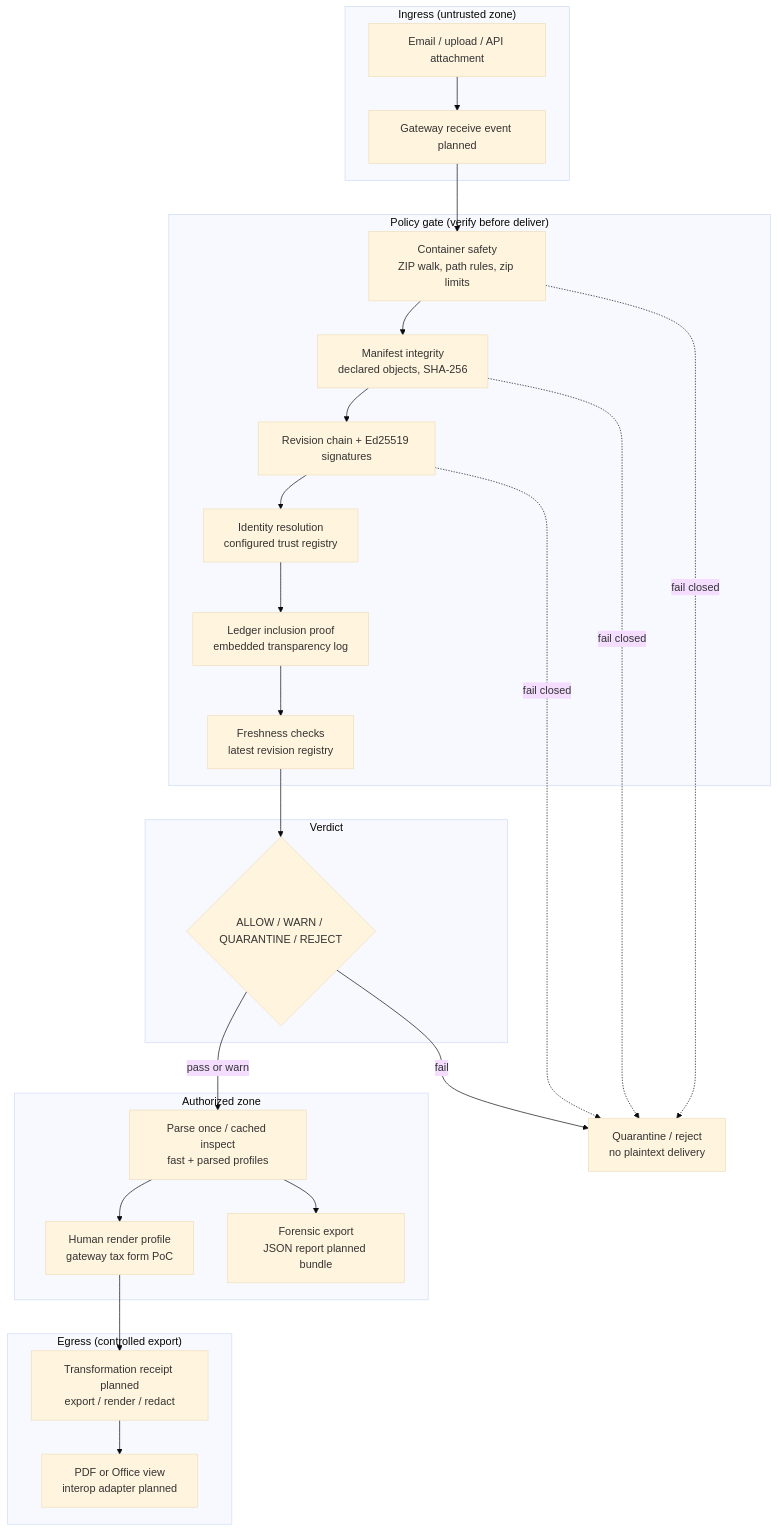
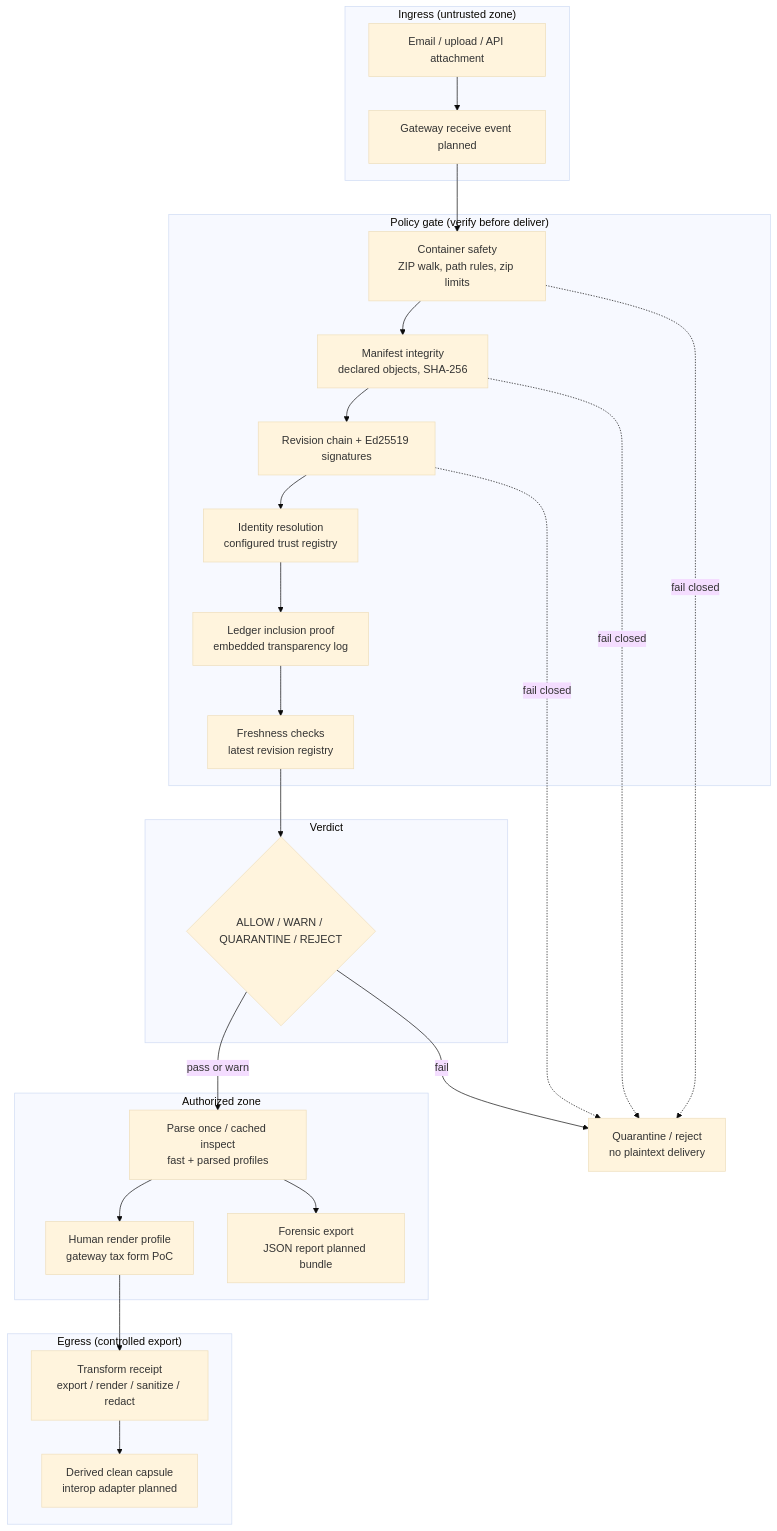
The first of 2 diagrams in docs/architecture.md (osdf-systems/osdf), drawn with Mermaid (base theme) before and after one commit. The commit also changed other lines of this file and 49 other files, not shown here.

````diff
--- a/docs/architecture.md
+++ b/docs/architecture.md
@@ -11,43 +11,43 @@
 ```mermaid
 flowchart TB
     subgraph ingress["Ingress (untrusted zone)"]
         A[Email / upload / API attachment]
         B[Gateway receive event planned]
     end
 
     subgraph gate["Policy gate (verify before deliver)"]
         C[Container safety<br/>ZIP walk, path rules, zip limits]
         D[Manifest integrity<br/>declared objects, SHA-256]
         E[Revision chain + Ed25519 signatures]
         F[Identity resolution<br/>configured trust registry]
         G[Ledger inclusion proof<br/>embedded transparency log]
         H[Freshness checks<br/>latest revision registry]
     end
 
     subgraph verdict["Verdict"]
         V{ALLOW / WARN / QUARANTINE / REJECT}
     end
 
     subgraph deliver["Authorized zone"]
         I[Parse once / cached inspect<br/>fast + parsed profiles]
         J[Human render profile<br/>gateway tax form PoC]
         K[Forensic export<br/>JSON report planned bundle]
     end
 
     subgraph egress["Egress (controlled export)"]
-        L[Transformation receipt planned<br/>export / render / redact]
-        M[PDF or Office view<br/>interop adapter planned]
+        L[Transform receipt<br/>export / render / sanitize / redact]
+        M[Derived clean capsule<br/>interop adapter planned]
     end
 
     A --> B --> C
     C --> D --> E --> F --> G --> H --> V
     V -->|pass or warn| I
     I --> J
     I --> K
     J --> L --> M
 
     V -->|fail| Q[Quarantine / reject<br/>no plaintext delivery]
     C -.->|fail closed| Q
     D -.->|fail closed| Q
     E -.->|fail closed| Q
 ```
````
